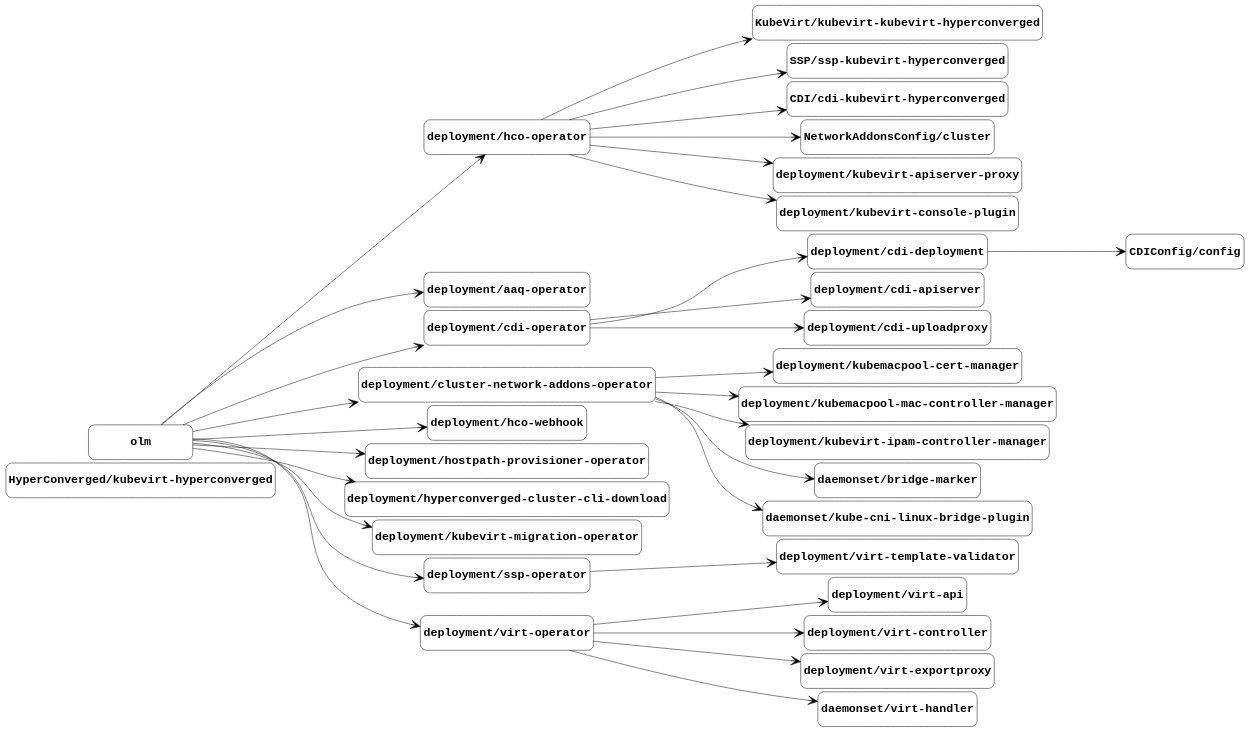
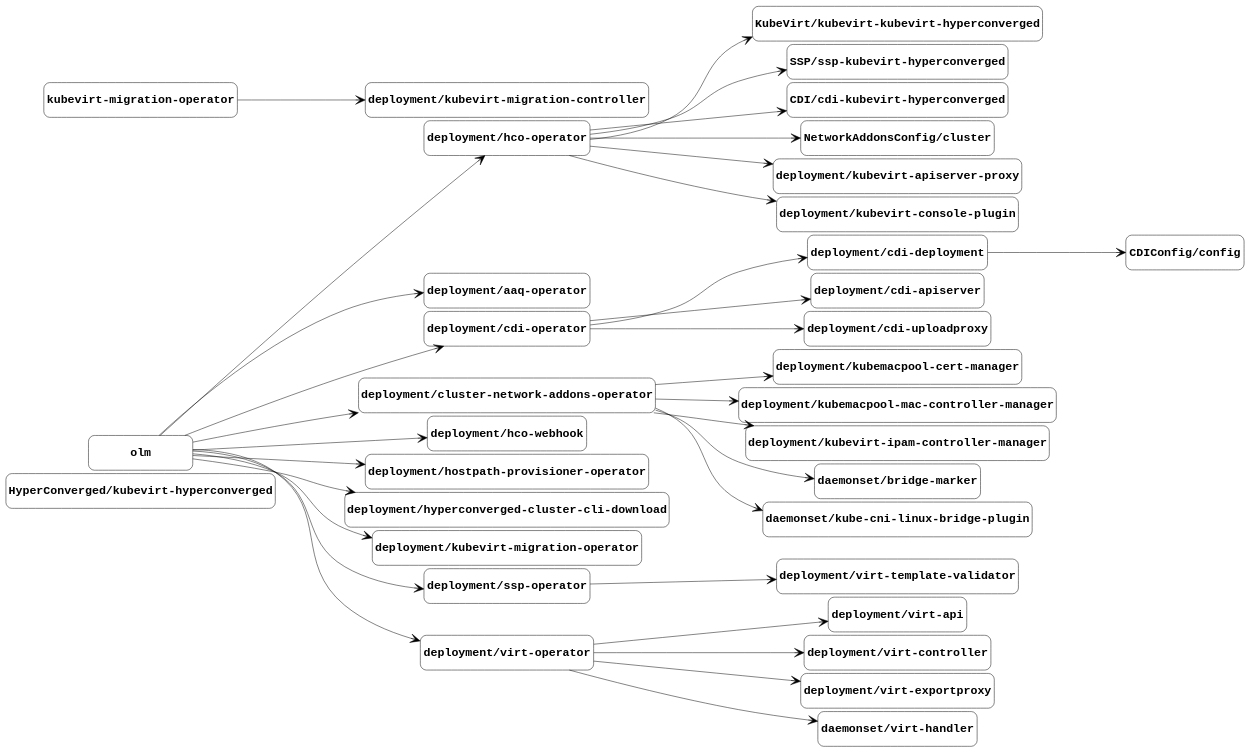
One commit to kubevirt/hyperconverged-cluster-operator changed the diagram in docs/managed-by.gv. Above: the diagram before and after it, drawn with Graphviz. The commit also changed 3 other files, not shown here.

Commit message:
Update component graphs from the nightly job

```diff
--- a/docs/managed-by.gv
+++ b/docs/managed-by.gv
@@ -1,96 +1,99 @@
 digraph "managed-by" {
 	graph [center=true margin=0.2 nodesep=0.1 rankdir=LR ranksep=2]
 	node [fontname="Courier-Bold" fontsize=24 height=1 shape=box style=rounded width=3]
 	edge [arrowhead=vee arrowsize=2]
 	"HyperConverged/kubevirt-hyperconverged" [label="HyperConverged/kubevirt-hyperconverged"]
 	"KubeVirt/kubevirt-kubevirt-hyperconverged" [label="KubeVirt/kubevirt-kubevirt-hyperconverged"]
 	"deployment/hco-operator" [label="deployment/hco-operator"]
 	"deployment/hco-operator" -> "KubeVirt/kubevirt-kubevirt-hyperconverged"
 	"SSP/ssp-kubevirt-hyperconverged" [label="SSP/ssp-kubevirt-hyperconverged"]
 	"deployment/hco-operator" [label="deployment/hco-operator"]
 	"deployment/hco-operator" -> "SSP/ssp-kubevirt-hyperconverged"
 	"CDI/cdi-kubevirt-hyperconverged" [label="CDI/cdi-kubevirt-hyperconverged"]
 	"deployment/hco-operator" [label="deployment/hco-operator"]
 	"deployment/hco-operator" -> "CDI/cdi-kubevirt-hyperconverged"
 	"CDIConfig/config" [label="CDIConfig/config"]
 	"deployment/cdi-deployment" [label="deployment/cdi-deployment"]
 	"deployment/cdi-deployment" -> "CDIConfig/config"
 	"NetworkAddonsConfig/cluster" [label="NetworkAddonsConfig/cluster"]
 	"deployment/hco-operator" [label="deployment/hco-operator"]
 	"deployment/hco-operator" -> "NetworkAddonsConfig/cluster"
 	"deployment/aaq-operator" [label="deployment/aaq-operator"]
 	olm [label=olm]
 	olm -> "deployment/aaq-operator"
 	"deployment/cdi-apiserver" [label="deployment/cdi-apiserver"]
 	"deployment/cdi-operator" [label="deployment/cdi-operator"]
 	"deployment/cdi-operator" -> "deployment/cdi-apiserver"
 	"deployment/cdi-deployment" [label="deployment/cdi-deployment"]
 	"deployment/cdi-operator" [label="deployment/cdi-operator"]
 	"deployment/cdi-operator" -> "deployment/cdi-deployment"
 	"deployment/cdi-operator" [label="deployment/cdi-operator"]
 	olm [label=olm]
 	olm -> "deployment/cdi-operator"
 	"deployment/cdi-uploadproxy" [label="deployment/cdi-uploadproxy"]
 	"deployment/cdi-operator" [label="deployment/cdi-operator"]
 	"deployment/cdi-operator" -> "deployment/cdi-uploadproxy"
 	"deployment/cluster-network-addons-operator" [label="deployment/cluster-network-addons-operator"]
 	olm [label=olm]
 	olm -> "deployment/cluster-network-addons-operator"
 	"deployment/hco-operator" [label="deployment/hco-operator"]
 	olm [label=olm]
 	olm -> "deployment/hco-operator"
 	"deployment/hco-webhook" [label="deployment/hco-webhook"]
 	olm [label=olm]
 	olm -> "deployment/hco-webhook"
 	"deployment/hostpath-provisioner-operator" [label="deployment/hostpath-provisioner-operator"]
 	olm [label=olm]
 	olm -> "deployment/hostpath-provisioner-operator"
 	"deployment/hyperconverged-cluster-cli-download" [label="deployment/hyperconverged-cluster-cli-download"]
 	olm [label=olm]
 	olm -> "deployment/hyperconverged-cluster-cli-download"
 	"deployment/kubemacpool-cert-manager" [label="deployment/kubemacpool-cert-manager"]
 	"deployment/cluster-network-addons-operator" [label="deployment/cluster-network-addons-operator"]
 	"deployment/cluster-network-addons-operator" -> "deployment/kubemacpool-cert-manager"
 	"deployment/kubemacpool-mac-controller-manager" [label="deployment/kubemacpool-mac-controller-manager"]
 	"deployment/cluster-network-addons-operator" [label="deployment/cluster-network-addons-operator"]
 	"deployment/cluster-network-addons-operator" -> "deployment/kubemacpool-mac-controller-manager"
 	"deployment/kubevirt-apiserver-proxy" [label="deployment/kubevirt-apiserver-proxy"]
 	"deployment/hco-operator" [label="deployment/hco-operator"]
 	"deployment/hco-operator" -> "deployment/kubevirt-apiserver-proxy"
 	"deployment/kubevirt-console-plugin" [label="deployment/kubevirt-console-plugin"]
 	"deployment/hco-operator" [label="deployment/hco-operator"]
 	"deployment/hco-operator" -> "deployment/kubevirt-console-plugin"
 	"deployment/kubevirt-ipam-controller-manager" [label="deployment/kubevirt-ipam-controller-manager"]
 	"deployment/cluster-network-addons-operator" [label="deployment/cluster-network-addons-operator"]
 	"deployment/cluster-network-addons-operator" -> "deployment/kubevirt-ipam-controller-manager"
+	"deployment/kubevirt-migration-controller" [label="deployment/kubevirt-migration-controller"]
+	"kubevirt-migration-operator" [label="kubevirt-migration-operator"]
+	"kubevirt-migration-operator" -> "deployment/kubevirt-migration-controller"
 	"deployment/kubevirt-migration-operator" [label="deployment/kubevirt-migration-operator"]
 	olm [label=olm]
 	olm -> "deployment/kubevirt-migration-operator"
 	"deployment/ssp-operator" [label="deployment/ssp-operator"]
 	olm [label=olm]
 	olm -> "deployment/ssp-operator"
 	"deployment/virt-api" [label="deployment/virt-api"]
 	"deployment/virt-operator" [label="deployment/virt-operator"]
 	"deployment/virt-operator" -> "deployment/virt-api"
 	"deployment/virt-controller" [label="deployment/virt-controller"]
 	"deployment/virt-operator" [label="deployment/virt-operator"]
 	"deployment/virt-operator" -> "deployment/virt-controller"
 	"deployment/virt-exportproxy" [label="deployment/virt-exportproxy"]
 	"deployment/virt-operator" [label="deployment/virt-operator"]
 	"deployment/virt-operator" -> "deployment/virt-exportproxy"
 	"deployment/virt-operator" [label="deployment/virt-operator"]
 	olm [label=olm]
 	olm -> "deployment/virt-operator"
 	"deployment/virt-template-validator" [label="deployment/virt-template-validator"]
 	"deployment/ssp-operator" [label="deployment/ssp-operator"]
 	"deployment/ssp-operator" -> "deployment/virt-template-validator"
 	"daemonset/bridge-marker" [label="daemonset/bridge-marker"]
 	"deployment/cluster-network-addons-operator" [label="deployment/cluster-network-addons-operator"]
 	"deployment/cluster-network-addons-operator" -> "daemonset/bridge-marker"
 	"daemonset/kube-cni-linux-bridge-plugin" [label="daemonset/kube-cni-linux-bridge-plugin"]
 	"deployment/cluster-network-addons-operator" [label="deployment/cluster-network-addons-operator"]
 	"deployment/cluster-network-addons-operator" -> "daemonset/kube-cni-linux-bridge-plugin"
 	"daemonset/virt-handler" [label="daemonset/virt-handler"]
 	"deployment/virt-operator" [label="deployment/virt-operator"]
 	"deployment/virt-operator" -> "daemonset/virt-handler"
 }
```
